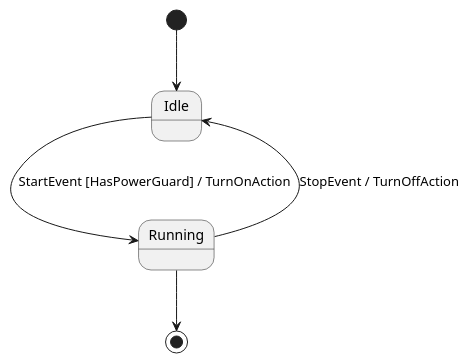
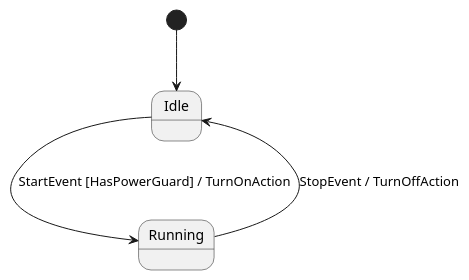
Before and after one commit to simoneCavalleri/fsmc: the first of 10 diagrams in docs/UML_REFERENCE.md, drawn with PlantUML. The commit also changed other lines of this file and 6 other files, not shown here.

````diff
--- a/docs/UML_REFERENCE.md
+++ b/docs/UML_REFERENCE.md
@@ -22,8 +44,7 @@
 ```plantuml
 @startuml
 [*] --> Idle
 Idle --> Running : StartEvent [HasPowerGuard] / TurnOnAction
 Running --> Idle : StopEvent / TurnOffAction
-Running --> [*]
 @enduml
 ```
````
